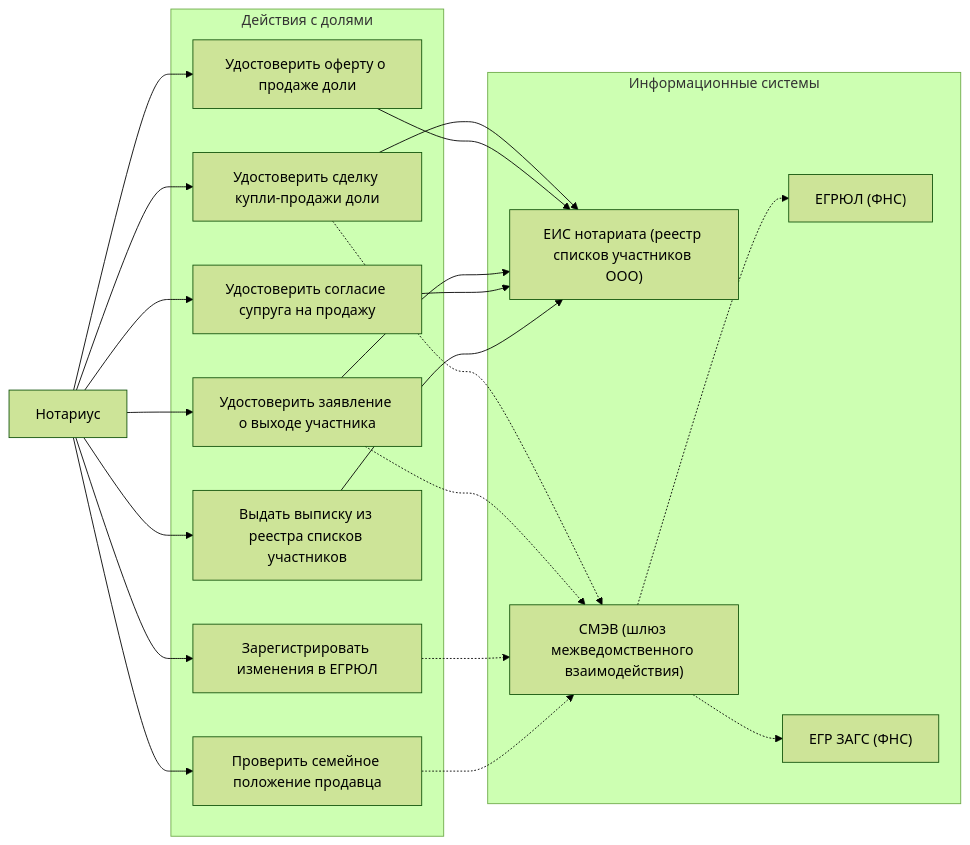
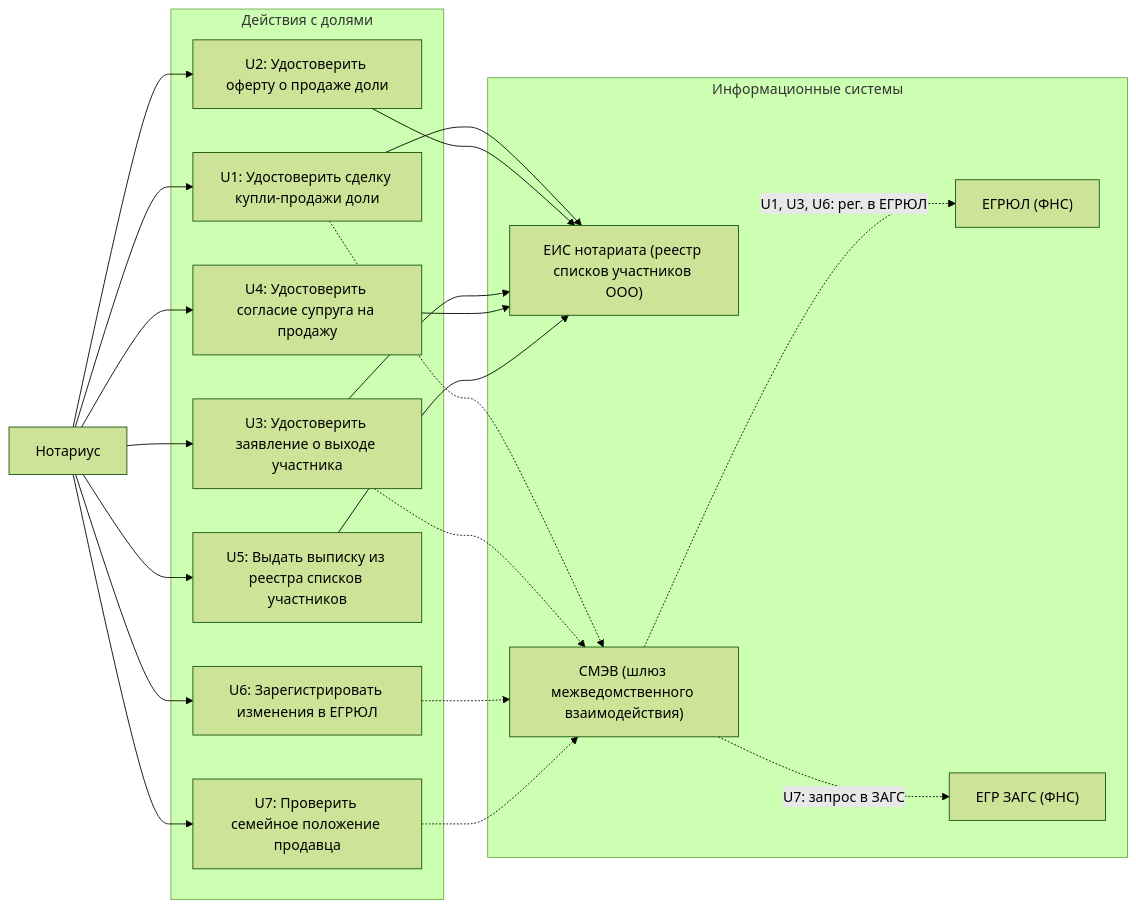
One commit to arsenyuk/SamorodinkaTech.Fiducia changed the second of 6 diagrams in docs/business-processes/llc-share-purchase-sale.md. Above: the diagram before and after it, drawn with Mermaid (forest theme).

Commit message:
docs(llc): подписать ноды U1-U7 в диаграмме СМЭВ и развести потоки ЕГРЮЛ/ЗАГС

````diff
--- a/docs/business-processes/llc-share-purchase-sale.md
+++ b/docs/business-processes/llc-share-purchase-sale.md
@@ -74,41 +74,41 @@
 ```mermaid
 flowchart LR
     N["Нотариус"]
     
     subgraph UC["Действия с долями"]
-        U1["Удостоверить сделку купли-продажи доли"]
-        U2["Удостоверить оферту о продаже доли"]
-        U3["Удостоверить заявление о выходе участника"]
-        U4["Удостоверить согласие супруга на продажу"]
-        U5["Выдать выписку из реестра списков участников"]
-        U6["Зарегистрировать изменения в ЕГРЮЛ"]
-        U7["Проверить семейное положение продавца"]
+        U1["U1: Удостоверить сделку купли-продажи доли"]
+        U2["U2: Удостоверить оферту о продаже доли"]
+        U3["U3: Удостоверить заявление о выходе участника"]
+        U4["U4: Удостоверить согласие супруга на продажу"]
+        U5["U5: Выдать выписку из реестра списков участников"]
+        U6["U6: Зарегистрировать изменения в ЕГРЮЛ"]
+        U7["U7: Проверить семейное положение продавца"]
     end
     
     subgraph IS["Информационные системы"]
         EIS["ЕИС нотариата (реестр списков участников ООО)"]
         EGRUL["ЕГРЮЛ (ФНС)"]
         ZAGS["ЕГР ЗАГС (ФНС)"]
         SMEV["СМЭВ (шлюз межведомственного взаимодействия)"]
     end
     
     N --> U1
     N --> U2
     N --> U3
     N --> U4
     N --> U5
     N --> U6
     N --> U7
     
     U1 --> EIS
     U1 -.-> SMEV
     U2 --> EIS
     U3 --> EIS
     U3 -.-> SMEV
     U4 --> EIS
     U5 --> EIS
     U6 -.-> SMEV
     U7 -.-> SMEV
-    SMEV -.-> EGRUL
-    SMEV -.-> ZAGS
+    SMEV -.->|"U1, U3, U6: рег. в ЕГРЮЛ"| EGRUL
+    SMEV -.->|"U7: запрос в ЗАГС"| ZAGS
 ```
````
